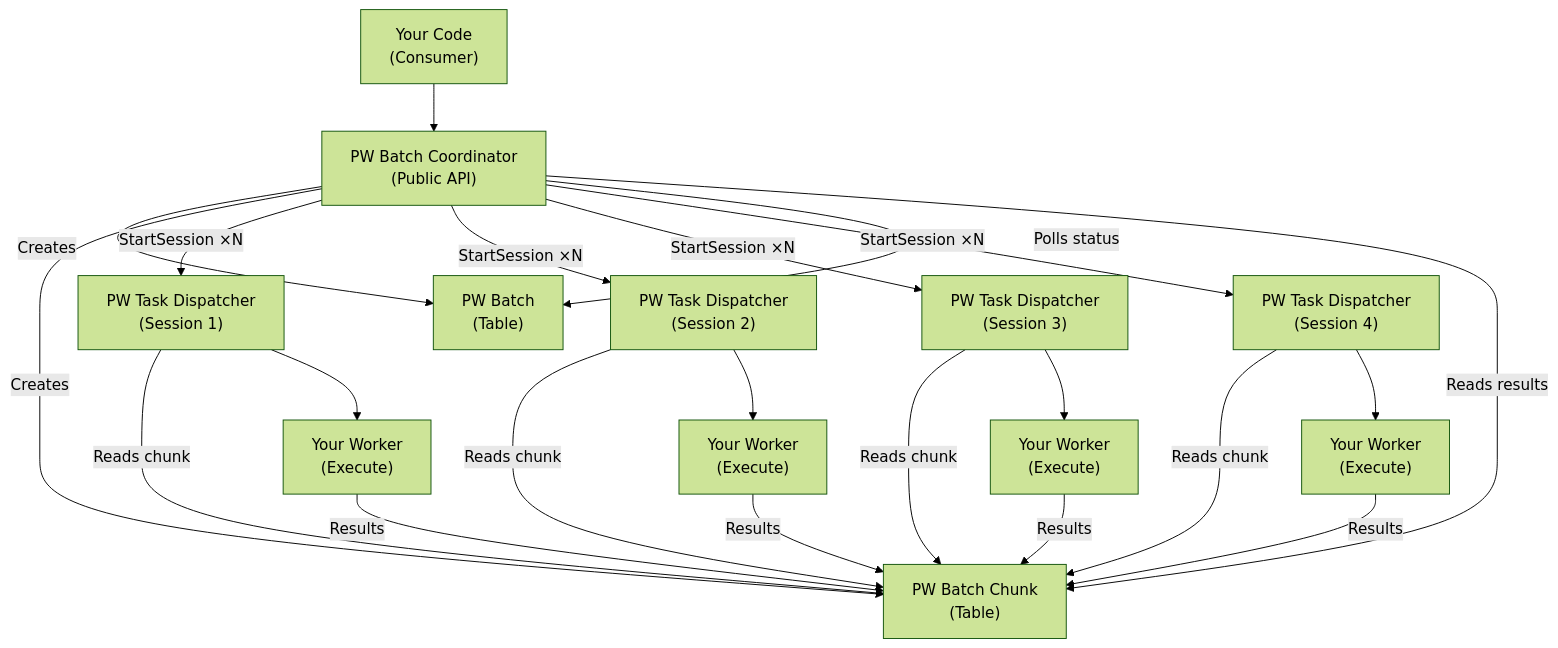
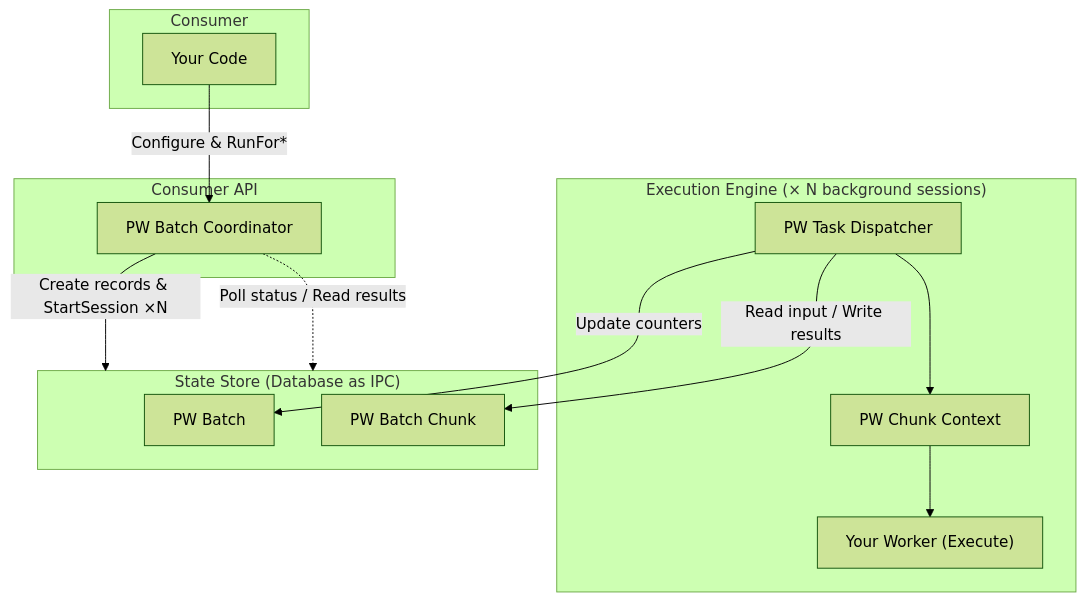
One commit to Drakonian/parallel-worker-bc changed the first of 3 diagrams in README.md. Above: the diagram before and after it, drawn with Mermaid (forest theme).

Commit message:
Update high-level overview diagram

````diff
--- a/README.md
+++ b/README.md
@@ -106,34 +106,28 @@
 ```mermaid
 graph TB
-    Consumer["Your Code<br/>(Consumer)"]
-    Coordinator["PW Batch Coordinator<br/>(Public API)"]
-    DB_Batch["PW Batch<br/>(Table)"]
-    DB_Chunk["PW Batch Chunk<br/>(Table)"]
-    Dispatcher1["PW Task Dispatcher<br/>(Session 1)"]
-    Dispatcher2["PW Task Dispatcher<br/>(Session 2)"]
-    Dispatcher3["PW Task Dispatcher<br/>(Session 3)"]
-    Dispatcher4["PW Task Dispatcher<br/>(Session 4)"]
-    Worker1["Your Worker<br/>(Execute)"]
-    Worker2["Your Worker<br/>(Execute)"]
-    Worker3["Your Worker<br/>(Execute)"]
-    Worker4["Your Worker<br/>(Execute)"]
+    subgraph Consumer
+        Code["Your Code"]
+    end
 
-    Consumer --> Coordinator
-    Coordinator -->|"Creates"| DB_Batch
-    Coordinator -->|"Creates"| DB_Chunk
-    Coordinator -->|"StartSession ×N"| Dispatcher1 & Dispatcher2 & Dispatcher3 & Dispatcher4
-    Dispatcher1 -->|"Reads chunk"| DB_Chunk
-    Dispatcher2 -->|"Reads chunk"| DB_Chunk
-    Dispatcher3 -->|"Reads chunk"| DB_Chunk
-    Dispatcher4 -->|"Reads chunk"| DB_Chunk
-    Dispatcher1 --> Worker1
-    Dispatcher2 --> Worker2
-    Dispatcher3 --> Worker3
-    Dispatcher4 --> Worker4
-    Worker1 -->|"Results"| DB_Chunk
-    Worker2 -->|"Results"| DB_Chunk
-    Worker3 -->|"Results"| DB_Chunk
-    Worker4 -->|"Results"| DB_Chunk
-    Coordinator -->|"Polls status"| DB_Batch
-    Coordinator -->|"Reads results"| DB_Chunk
+    subgraph API["Consumer API"]
+        Coordinator["PW Batch Coordinator"]
+    end
+
+    subgraph Engine["Execution Engine (× N background sessions)"]
+        Dispatcher["PW Task Dispatcher"]
+        Context["PW Chunk Context"]
+        Worker["Your Worker (Execute)"]
+        Dispatcher --> Context --> Worker
+    end
+
+    subgraph Store["State Store (Database as IPC)"]
+        Batch["PW Batch"]
+        Chunk["PW Batch Chunk"]
+    end
+
+    Code -->|"Configure & RunFor*"| Coordinator
+    Coordinator -->|"Create records & StartSession ×N"| Store
+    Coordinator -.->|"Poll status / Read results"| Store
+    Dispatcher -->|"Read input / Write results"| Chunk
+    Dispatcher -->|"Update counters"| Batch
 ```
````
